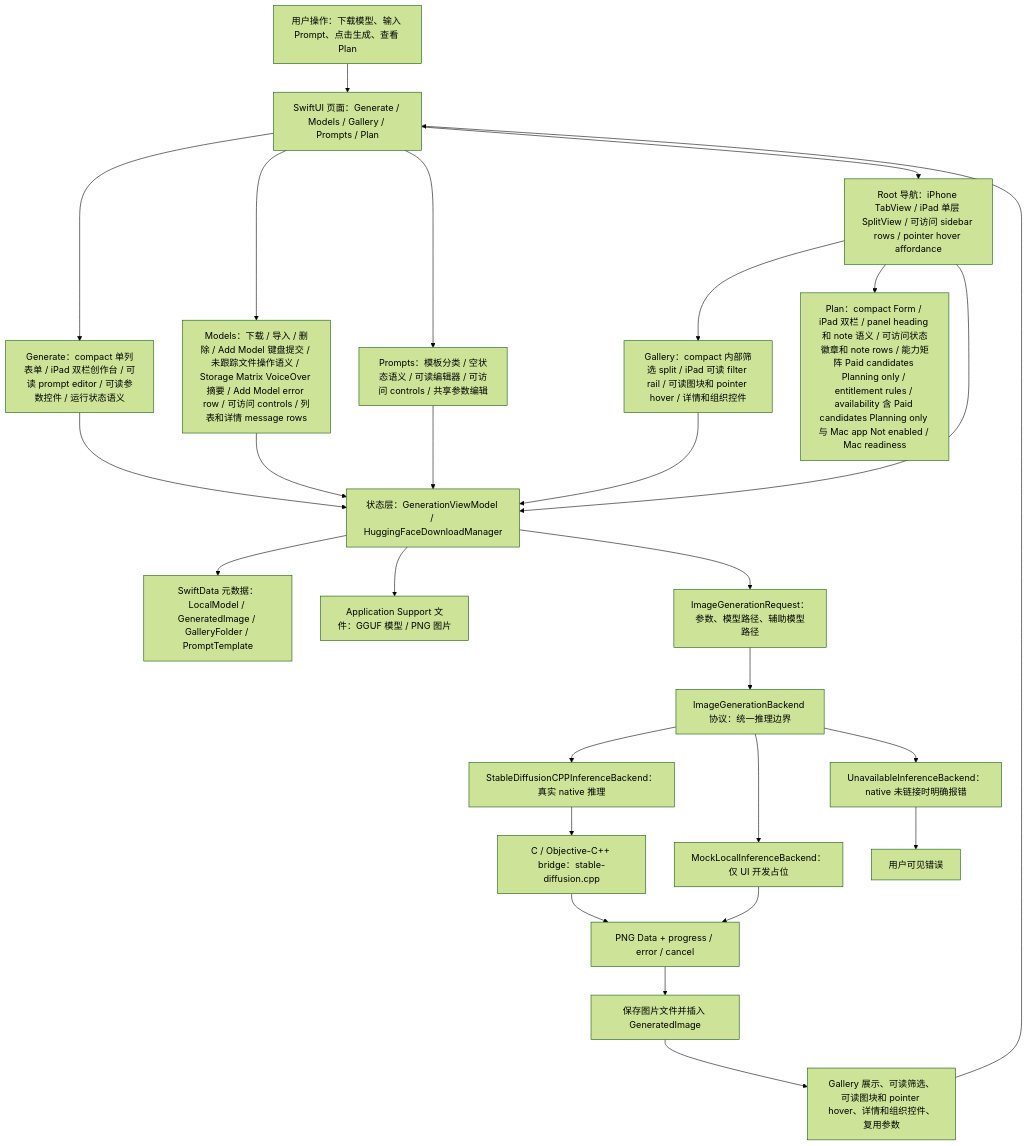
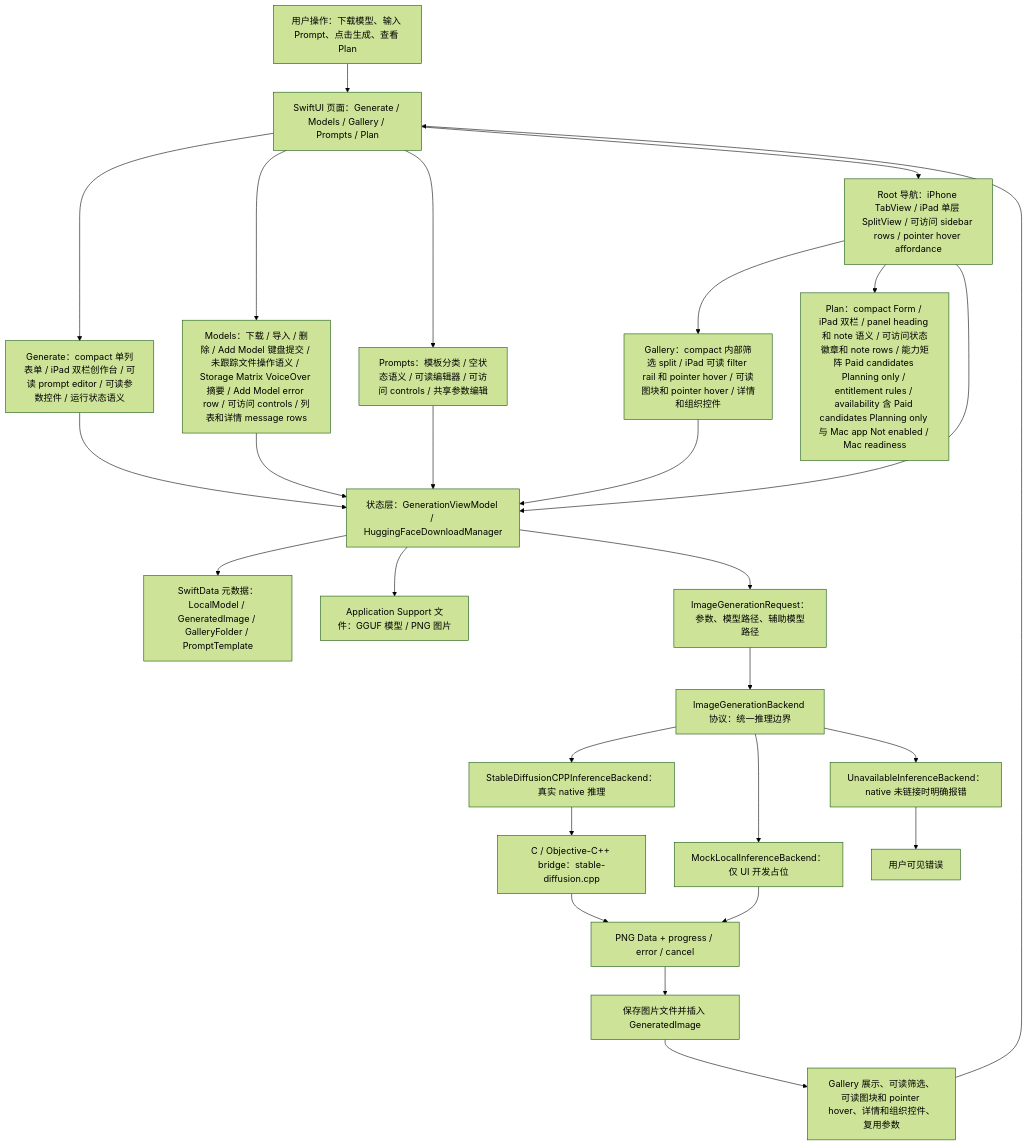
Before and after one commit to Altman-sam114/118: the first of 7 diagrams in md/flow/flowchart.md, drawn with Mermaid (forest theme). The commit also changed 5 other files, not shown here.

First line of the commit message:
v1.37: Gallery filter pointer hover

````diff
--- a/md/flow/flowchart.md
+++ b/md/flow/flowchart.md
@@ -9,29 +9,29 @@
 ```mermaid
 flowchart TD
   U["用户操作：下载模型、输入 Prompt、点击生成、查看 Plan"] --> UI["SwiftUI 页面：Generate / Models / Gallery / Prompts / Plan"]
   UI --> GENUI["Generate：compact 单列表单 / iPad 双栏创作台 / 可读 prompt editor / 可读参数控件 / 运行状态语义"]
   UI --> MODELUI["Models：下载 / 导入 / 删除 / Add Model 键盘提交 / 未跟踪文件操作语义 / Storage Matrix VoiceOver 摘要 / Add Model error row / 可访问 controls / 列表和详情 message rows"]
   UI --> PROMPTUI["Prompts：模板分类 / 空状态语义 / 可读编辑器 / 可访问 controls / 共享参数编辑"]
   UI --> NAV["Root 导航：iPhone TabView / iPad 单层 SplitView / 可访问 sidebar rows / pointer hover affordance"]
-  NAV --> GALUI["Gallery：compact 内部筛选 split / iPad 可读 filter rail / 可读图块和 pointer hover / 详情和组织控件"]
+  NAV --> GALUI["Gallery：compact 内部筛选 split / iPad 可读 filter rail 和 pointer hover / 可读图块和 pointer hover / 详情和组织控件"]
   NAV --> PLANUI["Plan：compact Form / iPad 双栏 / panel heading 和 note 语义 / 可访问状态徽章和 note rows / 能力矩阵 Paid candidates Planning only / entitlement rules / availability 含 Paid candidates Planning only 与 Mac app Not enabled / Mac readiness"]
   NAV --> VM["状态层：GenerationViewModel / HuggingFaceDownloadManager"]
   GENUI --> VM
   MODELUI --> VM
   PROMPTUI --> VM
   GALUI --> VM
   VM --> SD["SwiftData 元数据：LocalModel / GeneratedImage / GalleryFolder / PromptTemplate"]
   VM --> FS["Application Support 文件：GGUF 模型 / PNG 图片"]
   VM --> REQ["ImageGenerationRequest：参数、模型路径、辅助模型路径"]
   REQ --> IFACE["ImageGenerationBackend 协议：统一推理边界"]
   IFACE --> NATIVE["StableDiffusionCPPInferenceBackend：真实 native 推理"]
   IFACE --> MOCK["MockLocalInferenceBackend：仅 UI 开发占位"]
   IFACE --> OFF["UnavailableInferenceBackend：native 未链接时明确报错"]
   NATIVE --> BRIDGE["C / Objective-C++ bridge：stable-diffusion.cpp"]
   BRIDGE --> PNG["PNG Data + progress / error / cancel"]
   MOCK --> PNG
   OFF --> ERR["用户可见错误"]
   PNG --> SAVE["保存图片文件并插入 GeneratedImage"]
   SAVE --> GALLERY["Gallery 展示、可读筛选、可读图块和 pointer hover、详情和组织控件、复用参数"]
   GALLERY --> UI
 ```
````
